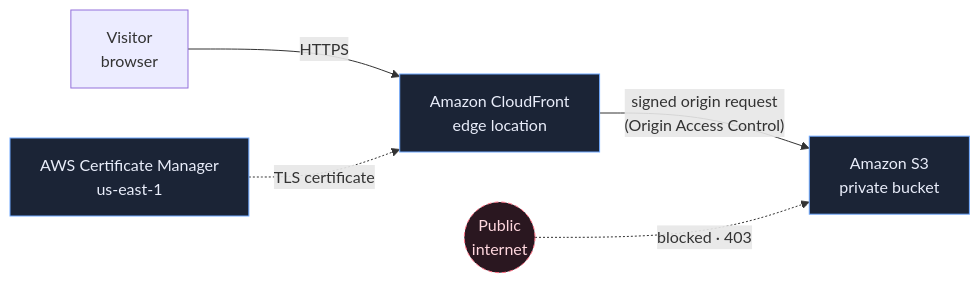
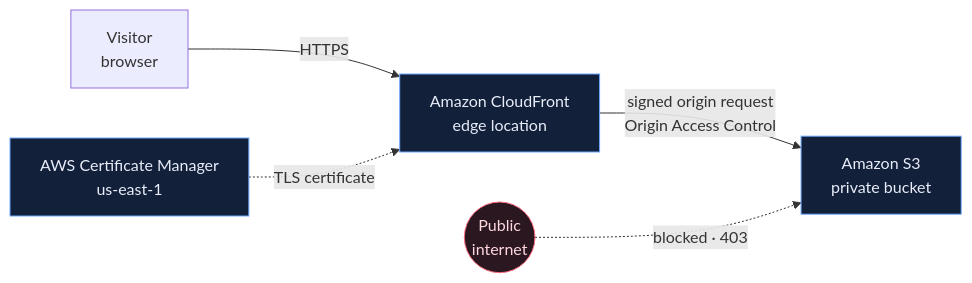
One commit to gcodiac/aws-s3-platform-engineering changed the first of 2 diagrams in README.md. Above: the diagram before and after it, drawn with Mermaid. The commit also changed other lines of this file and 2 other files, not shown here.

First line of the commit message:
docs: document the platform architecture and operations

````diff
--- a/README.md
+++ b/README.md
@@ -37,12 +27,12 @@
 ```mermaid
 flowchart LR
     V["Visitor<br/>browser"] -->|HTTPS| CF["Amazon CloudFront<br/>edge location"]
-    CF -->|"signed origin request<br/>(Origin Access Control)"| S3["Amazon S3<br/>private bucket"]
+    CF -->|"signed origin request<br/>Origin Access Control"| S3["Amazon S3<br/>private bucket"]
     ACM["AWS Certificate Manager<br/>us-east-1"] -.->|TLS certificate| CF
     X(("Public<br/>internet")) -.->|blocked · 403| S3
 
-    classDef aws fill:#1b2436,stroke:#6ea8ff,color:#e9edfa
-    classDef bad  fill:#2a1720,stroke:#ff6b81,color:#ffd7de,stroke-dasharray:4 3
+    classDef aws fill:#12203a,stroke:#6ea8ff,color:#e9edfa
+    classDef bad fill:#2a1720,stroke:#ff6b81,color:#ffd7de
     class CF,S3,ACM aws
     class X bad
 ```
````
